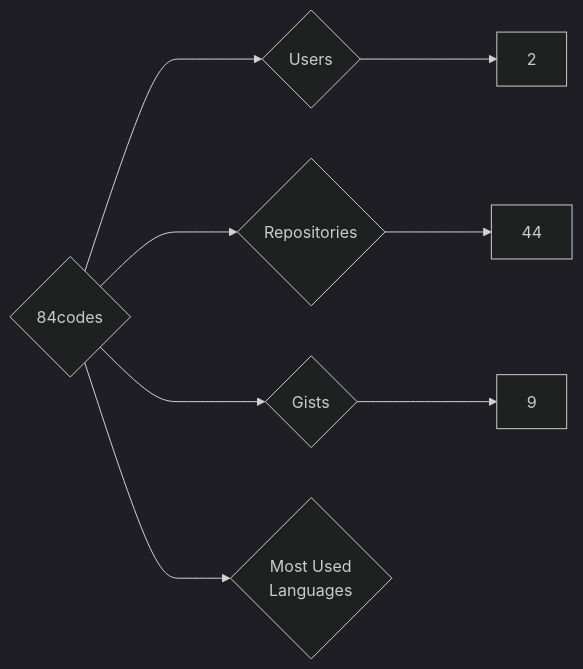
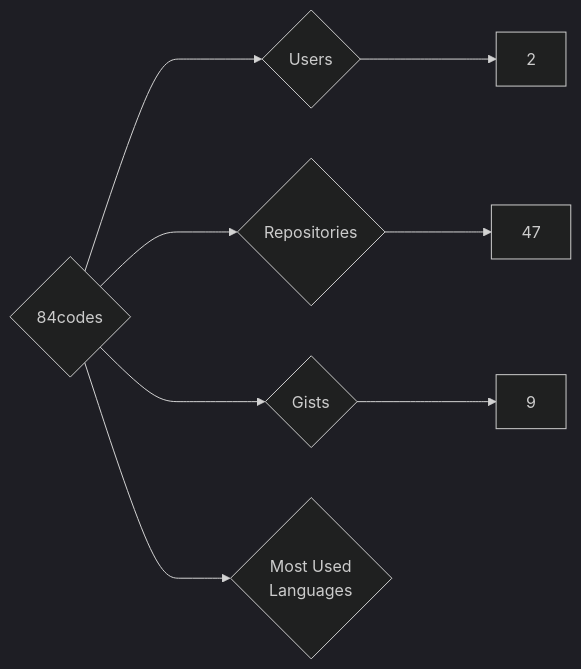
One commit to nenadzaric/insiders changed the diagram in targets/84codes/README.md. Above: the diagram before and after it, drawn with Mermaid (dark theme). The commit also changed 31 other files, not shown here.

````diff
--- a/targets/84codes/README.md
+++ b/targets/84codes/README.md
@@ -3,8 +3,8 @@
 ```mermaid
 graph LR
 COMPANY_NAME{84codes}
 COMPANY_NAME ---> U{Users} ---> UN[2]
-COMPANY_NAME ---> R{Repositories} ---> RN[44]
+COMPANY_NAME ---> R{Repositories} ---> RN[47]
 COMPANY_NAME ---> G{Gists} ---> GN[9]
 COMPANY_NAME ---> ML{Most Used<br>Languages}
 ```
````
